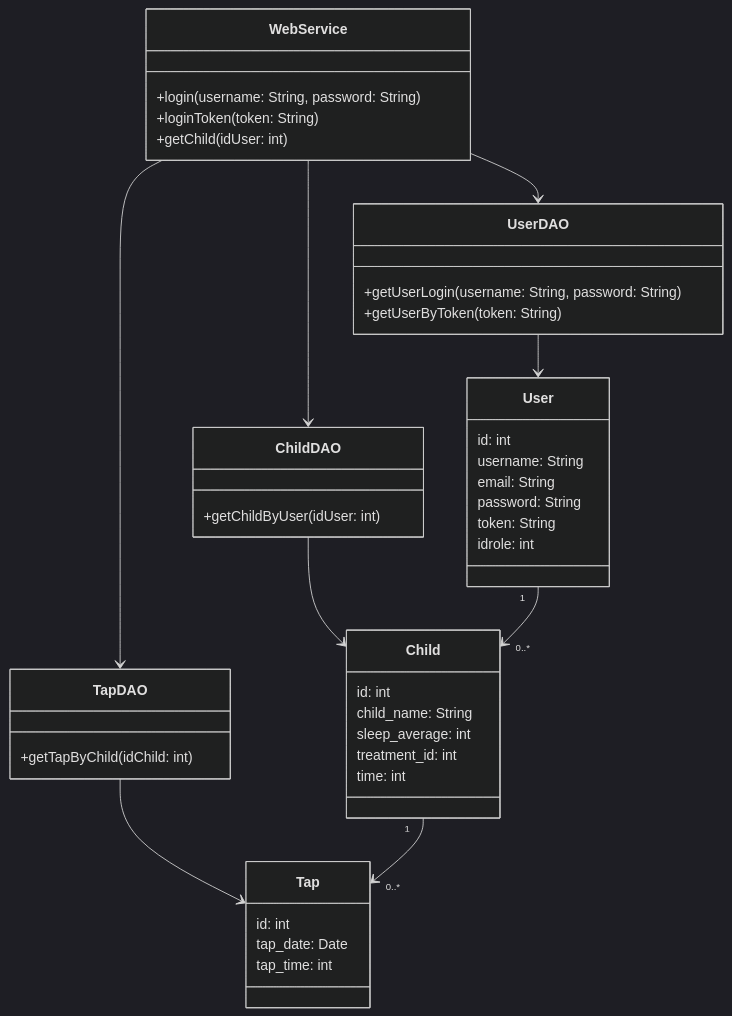
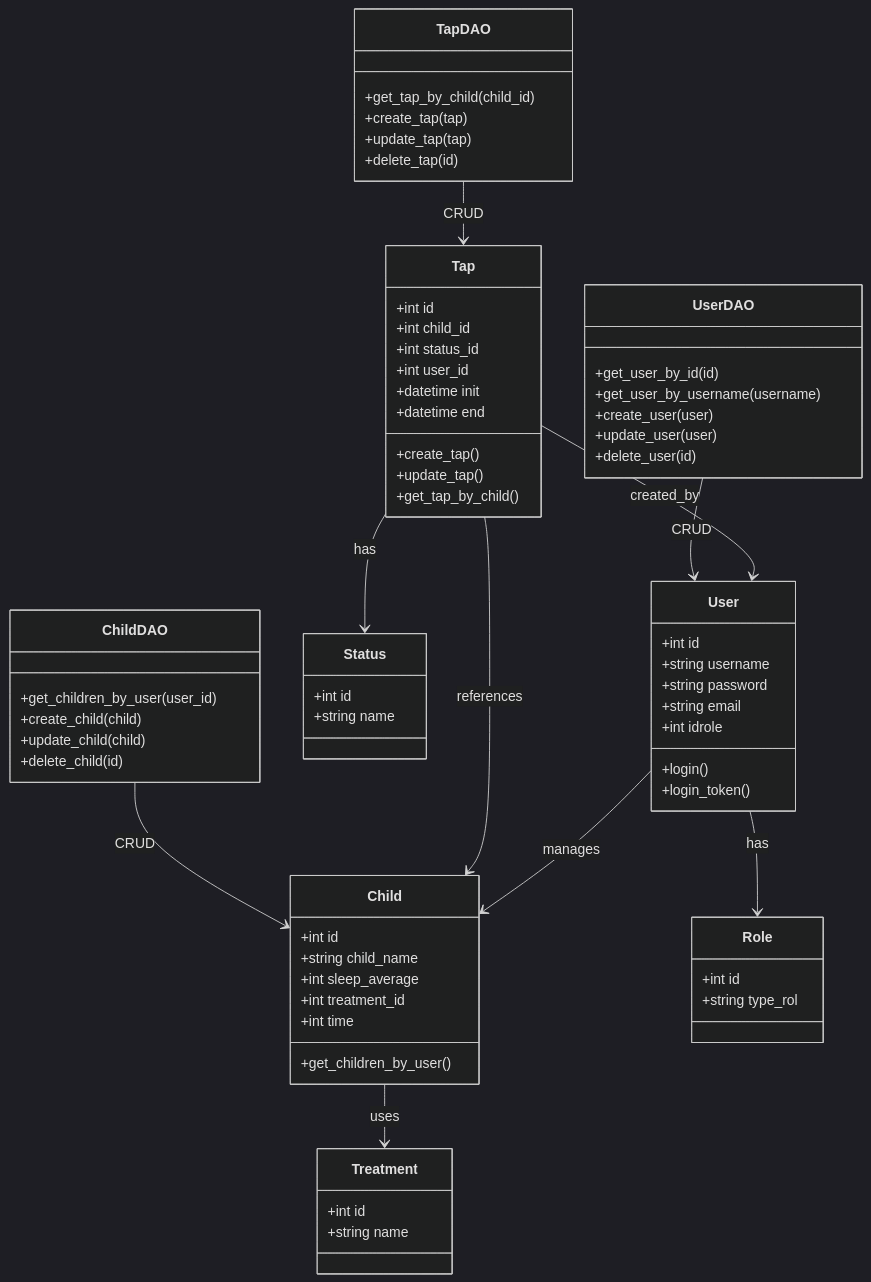
Before and after one commit to AdrianHiguera/entorns2526: the diagram in Prototip2/Charts/Diagrama_de_classes.mermaid, drawn with Mermaid (dark theme). The commit also changed 1 other file, not shown here.

```diff
--- a/Prototip2/Charts/Diagrama_de_classes.mermaid
+++ b/Prototip2/Charts/Diagrama_de_classes.mermaid
@@ -1,66 +1,84 @@
 classDiagram
 
-%% =====================
-%% WEBSERVICE / CONTROLLER
-%% =====================
-class WebService {
-    +login(username: String, password: String)
-    +loginToken(token: String)
-    +getChild(idUser: int)
+%% Clases principales
+class User {
+    +int id
+    +string username
+    +string password
+    +string email
+    +int idrole
+    +login()
+    +login_token()
 }
 
-%% ======
-%% DAOs
-%% ======
+class Child {
+    +int id
+    +string child_name
+    +int sleep_average
+    +int treatment_id
+    +int time
+    +get_children_by_user()
+}
+
+class Tap {
+    +int id
+    +int child_id
+    +int status_id
+    +int user_id
+    +datetime init
+    +datetime end
+    +create_tap()
+    +update_tap()
+    +get_tap_by_child()
+}
+
+class Role {
+    +int id
+    +string type_rol
+}
+
+class Status {
+    +int id
+    +string name
+}
+
+class Treatment {
+    +int id
+    +string name
+}
+
+%% DAO Layer
 class UserDAO {
-    +getUserLogin(username: String, password: String)
-    +getUserByToken(token: String)
+    +get_user_by_id(id)
+    +get_user_by_username(username)
+    +create_user(user)
+    +update_user(user)
+    +delete_user(id)
 }
 
 class ChildDAO {
-    +getChildByUser(idUser: int)
+    +get_children_by_user(user_id)
+    +create_child(child)
+    +update_child(child)
+    +delete_child(id)
 }
 
 class TapDAO {
-    +getTapByChild(idChild: int)
+    +get_tap_by_child(child_id)
+    +create_tap(tap)
+    +update_tap(tap)
+    +delete_tap(id)
 }
 
-%% =================
-%% ADT (DATA CLASSES)
-%% =================
-class User {
-    id: int
-    username: String
-    email: String
-    password: String
-    token: String
-    idrole: int
-}
+%% Relaciones
+User --> Role : has
+User --> Child : manages
+Child --> Treatment : uses
+Tap --> Child : references
+Tap --> User : created_by
+Tap --> Status : has
 
-class Child {
-    id: int
-    child_name: String
-    sleep_average: int
-    treatment_id: int
-    time: int
-}
-
-class Tap {
-    id: int
-    tap_date: Date
-    tap_time: int
-}
-
-%% =================
-%% RELACIONS
-%% =================
-WebService --> UserDAO
-WebService --> ChildDAO
-WebService --> TapDAO
-
-UserDAO --> User
-ChildDAO --> Child
-TapDAO --> Tap
-
-User "1" --> "0..*" Child
-Child "1" --> "0..*" Tap
+%% DAO relaciones
+UserDAO --> User : CRUD
+ChildDAO --> Child : CRUD
+TapDAO --> Tap : CRUD
```
